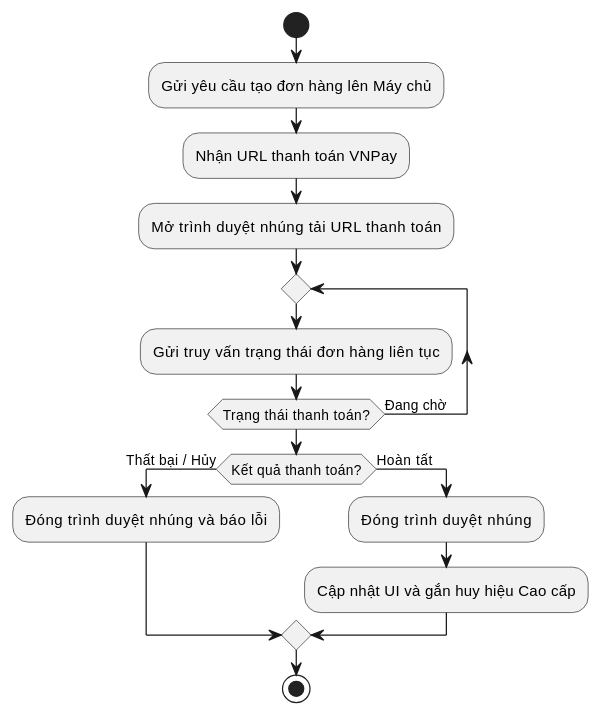
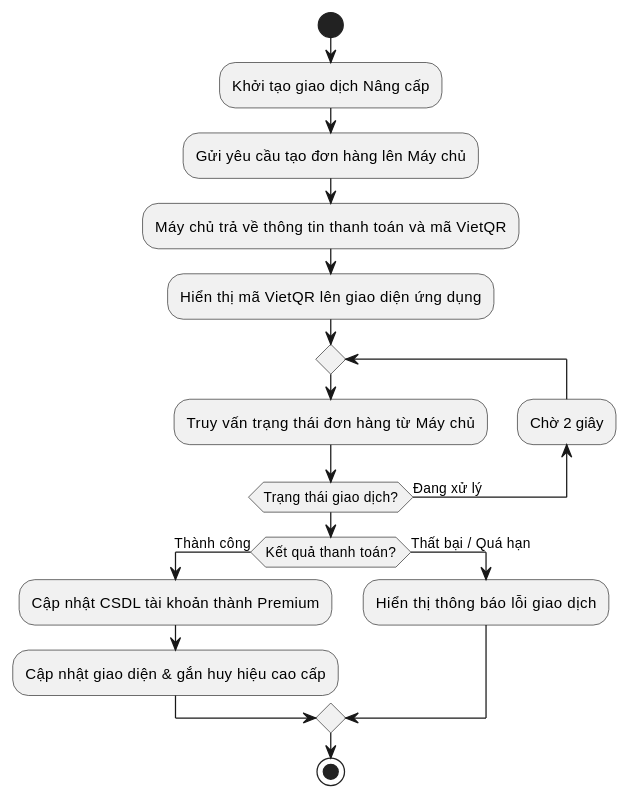
Before and after one commit to maikhang160504/spending-diary: diagram 13 of 28 in Luan_van_Hoan_chinh.md, drawn with PlantUML. The commit also changed other lines of this file and 72 other files, not shown here.

````diff
--- a/Luan_van_Hoan_chinh.md
+++ b/Luan_van_Hoan_chinh.md
@@ -970,18 +1048,20 @@
 ```plantuml
 @startuml
 start
+:Khởi tạo giao dịch Nâng cấp;
 :Gửi yêu cầu tạo đơn hàng lên Máy chủ;
-:Nhận URL thanh toán VNPay;
-:Mở trình duyệt nhúng tải URL thanh toán;
+:Máy chủ trả về thông tin thanh toán và mã VietQR;
+:Hiển thị mã VietQR lên giao diện ứng dụng;
 repeat
-  :Gửi truy vấn trạng thái đơn hàng liên tục;
-repeat while (Trạng thái thanh toán?) is (Đang chờ)
-if (Kết quả thanh toán?) then (Thất bại / Hủy)
-  :Đóng trình duyệt nhúng và báo lỗi;
-else (Hoàn tất)
-  :Đóng trình duyệt nhúng;
-  :Cập nhật UI và gắn huy hiệu Cao cấp;
+  :Truy vấn trạng thái đơn hàng từ Máy chủ;
+  backward:Chờ 2 giây;
+repeat while (Trạng thái giao dịch?) is (Đang xử lý)
+if (Kết quả thanh toán?) then (Thành công)
+  :Cập nhật CSDL tài khoản thành Premium;
+  :Cập nhật giao diện & gắn huy hiệu cao cấp;
+else (Thất bại / Quá hạn)
+  :Hiển thị thông báo lỗi giao dịch;
 endif
 stop
 @enduml
 ```
````
